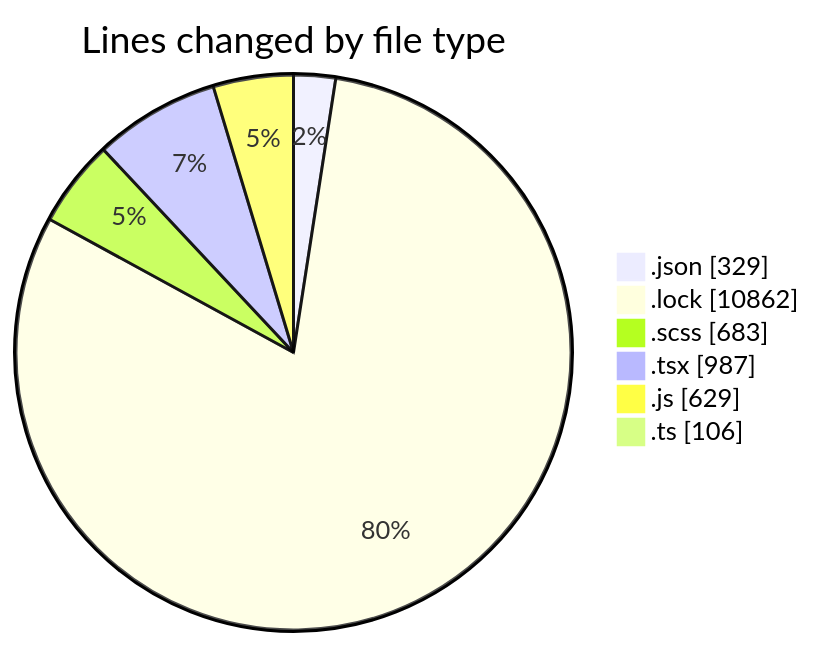
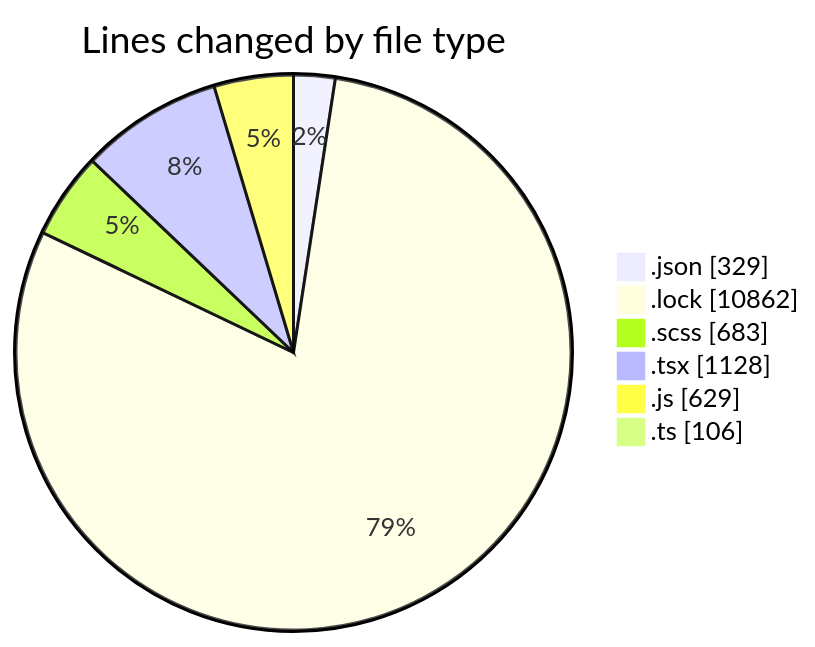
One commit to momahboobian/code-tracking changed the first of 2 diagrams in 2026-05-18/cda/README.md. Above: the diagram before and after it, drawn with Mermaid. The commit also changed other lines of this file and 1 other file, not shown here.

````diff
--- a/2026-05-18/cda/README.md
+++ b/2026-05-18/cda/README.md
@@ -37,10 +40,10 @@
 ```mermaid
 pie showData
 title Lines changed by file type
 ".json" : 329
 ".lock" : 10862
 ".scss" : 683
-".tsx" : 987
+".tsx" : 1128
 ".js" : 629
 ".ts" : 106
 ```
````
